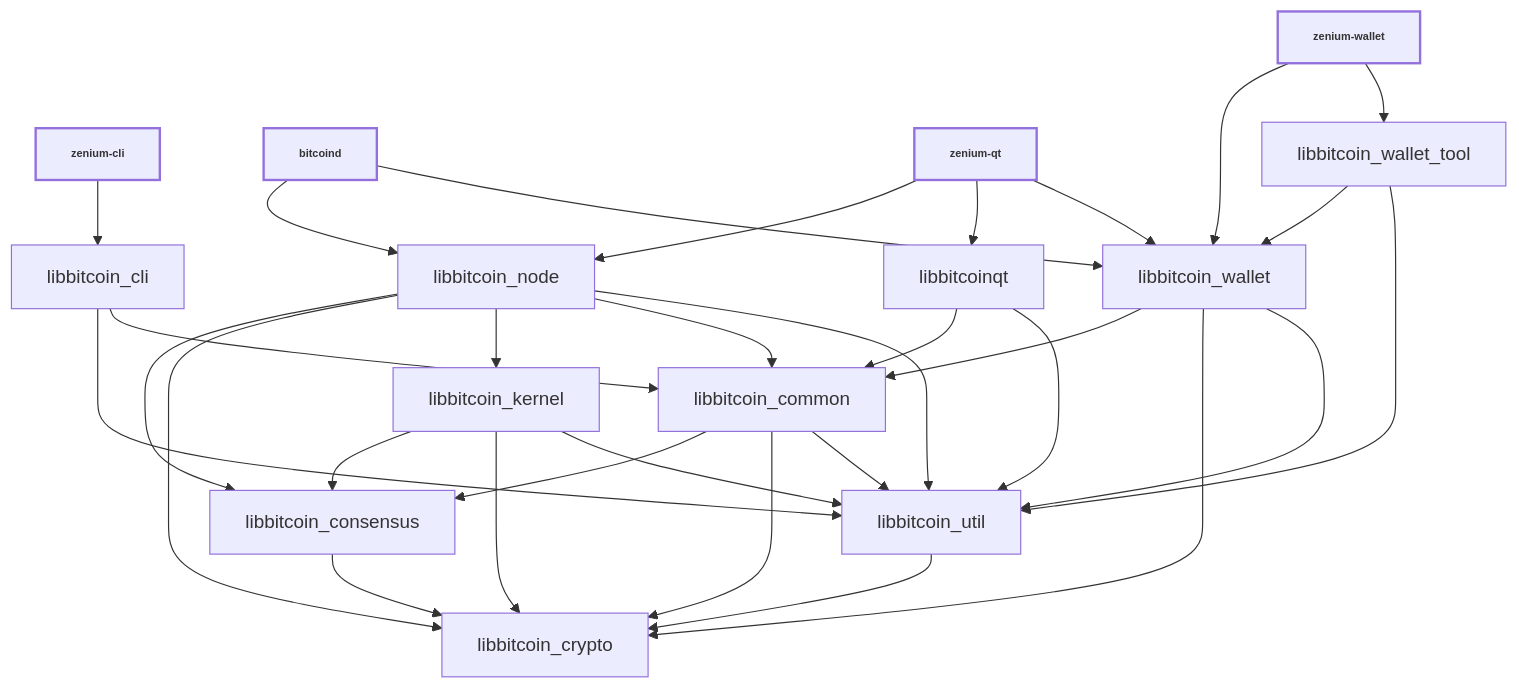
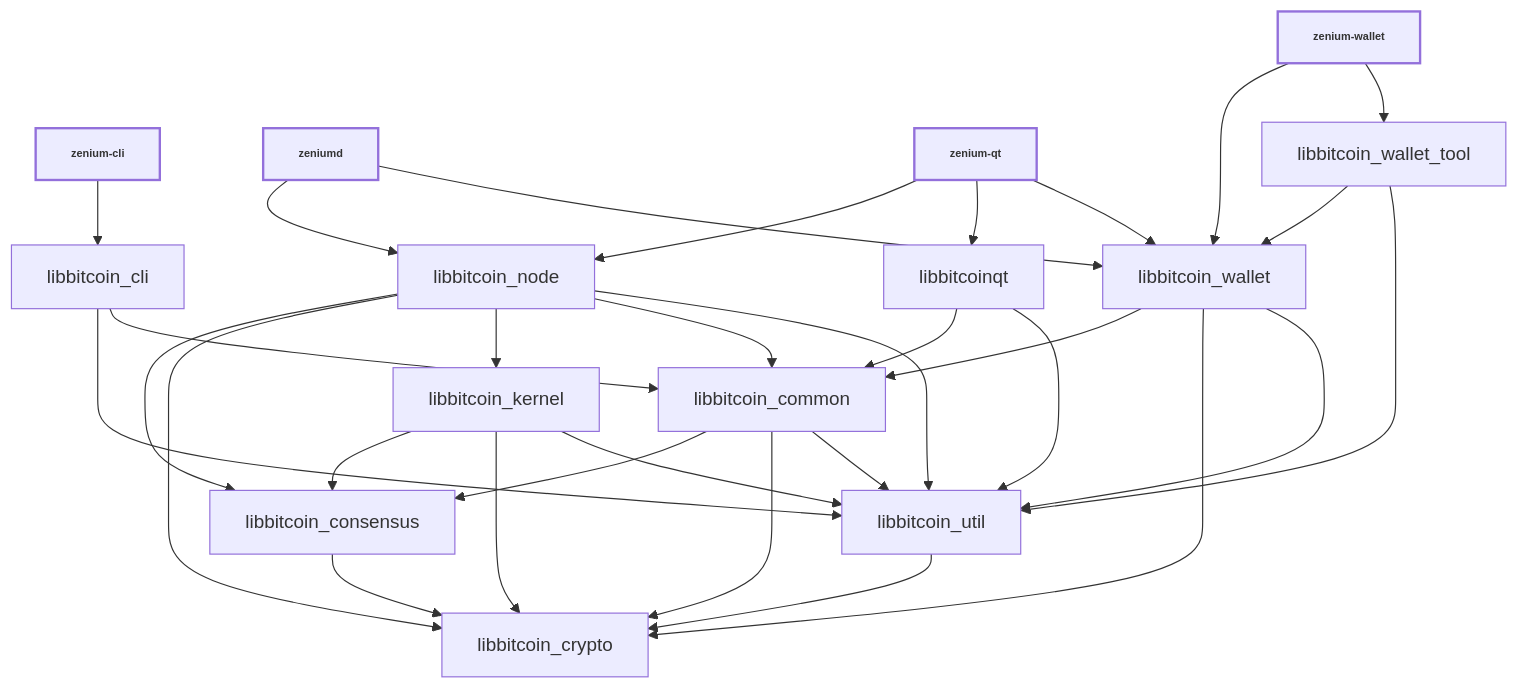
Before and after one commit to zenium-community/zenium: the diagram in doc/design/libraries.md, drawn with Mermaid. The commit also changed other lines of this file and 133 other files, not shown here.

Commit message:
Rebrand: rename 'bitcoind' to 'zeniumd'

````diff
--- a/doc/design/libraries.md
+++ b/doc/design/libraries.md
@@ -36,52 +36,52 @@
 ```mermaid
 
 %%{ init : { "flowchart" : { "curve" : "basis" }}}%%
 
 graph TD;
 
 zenium-cli[zenium-cli]-->libbitcoin_cli;
 
-bitcoind[bitcoind]-->libbitcoin_node;
-bitcoind[bitcoind]-->libbitcoin_wallet;
+zeniumd[zeniumd]-->libbitcoin_node;
+zeniumd[zeniumd]-->libbitcoin_wallet;
 
 zenium-qt[zenium-qt]-->libbitcoin_node;
 zenium-qt[zenium-qt]-->libbitcoinqt;
 zenium-qt[zenium-qt]-->libbitcoin_wallet;
 
 zenium-wallet[zenium-wallet]-->libbitcoin_wallet;
 zenium-wallet[zenium-wallet]-->libbitcoin_wallet_tool;
 
 libbitcoin_cli-->libbitcoin_util;
 libbitcoin_cli-->libbitcoin_common;
 
 libbitcoin_consensus-->libbitcoin_crypto;
 
 libbitcoin_common-->libbitcoin_consensus;
 libbitcoin_common-->libbitcoin_crypto;
 libbitcoin_common-->libbitcoin_util;
 
 libbitcoin_kernel-->libbitcoin_consensus;
 libbitcoin_kernel-->libbitcoin_crypto;
 libbitcoin_kernel-->libbitcoin_util;
 
 libbitcoin_node-->libbitcoin_consensus;
 libbitcoin_node-->libbitcoin_crypto;
 libbitcoin_node-->libbitcoin_kernel;
 libbitcoin_node-->libbitcoin_common;
 libbitcoin_node-->libbitcoin_util;
 
 libbitcoinqt-->libbitcoin_common;
 libbitcoinqt-->libbitcoin_util;
 
 libbitcoin_util-->libbitcoin_crypto;
 
 libbitcoin_wallet-->libbitcoin_common;
 libbitcoin_wallet-->libbitcoin_crypto;
 libbitcoin_wallet-->libbitcoin_util;
 
 libbitcoin_wallet_tool-->libbitcoin_wallet;
 libbitcoin_wallet_tool-->libbitcoin_util;
 
 classDef bold stroke-width:2px, font-weight:bold, font-size: smaller;
-class zenium-qt,bitcoind,zenium-cli,zenium-wallet bold
+class zenium-qt,zeniumd,zenium-cli,zenium-wallet bold
 ```
````
